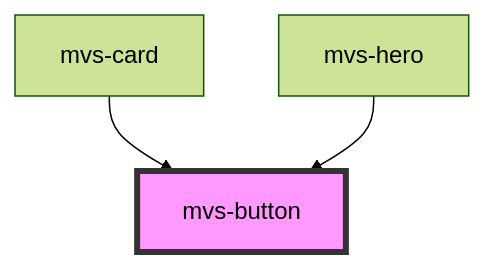
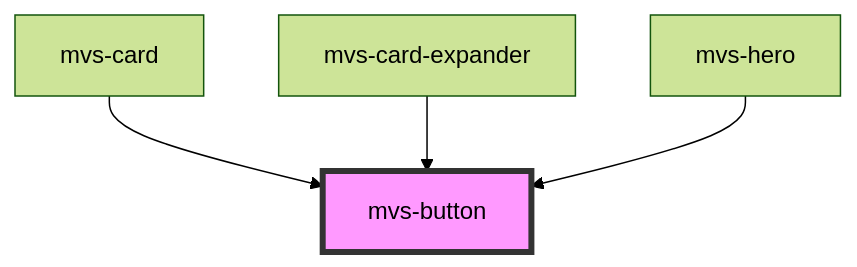
Before and after one commit to rafaela-vairo/mvs-design-system: the diagram in src/components/inputs/mvs-button/readme.md, drawn with Mermaid (forest theme). The commit also changed other lines of this file and 20 other files, not shown here.

````diff
--- a/src/components/inputs/mvs-button/readme.md
+++ b/src/components/inputs/mvs-button/readme.md
@@ -27,6 +28,7 @@
 ```mermaid
 graph TD;
   mvs-card --> mvs-button
+  mvs-card-expander --> mvs-button
   mvs-hero --> mvs-button
   style mvs-button fill:#f9f,stroke:#333,stroke-width:4px
 ```
````
